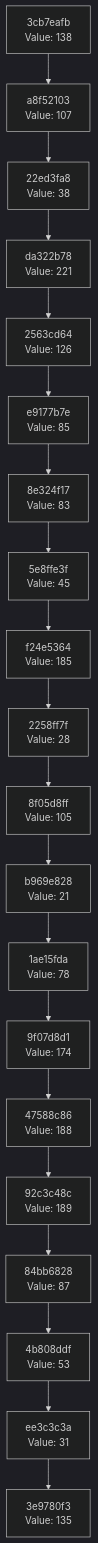
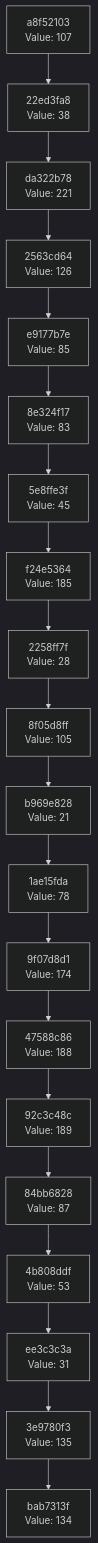
Before and after one commit to Abhisheksinha1506/hash-chain-evolver: the diagram in docs/CHAIN_VISUALIZATION.md, drawn with Mermaid (dark theme). The commit also changed 3 other files, not shown here.

````diff
--- a/docs/CHAIN_VISUALIZATION.md
+++ b/docs/CHAIN_VISUALIZATION.md
@@ -3,42 +3,42 @@
 ```mermaid
 graph TD
-    C0["3e9780f3<br/>Value: 135"]
-    C1["ee3c3c3a<br/>Value: 31"]
+    C0["bab7313f<br/>Value: 134"]
+    C1["3e9780f3<br/>Value: 135"]
     C1 --> C0
-    C2["4b808ddf<br/>Value: 53"]
+    C2["ee3c3c3a<br/>Value: 31"]
     C2 --> C1
-    C3["84bb6828<br/>Value: 87"]
+    C3["4b808ddf<br/>Value: 53"]
     C3 --> C2
-    C4["92c3c48c<br/>Value: 189"]
+    C4["84bb6828<br/>Value: 87"]
     C4 --> C3
-    C5["47588c86<br/>Value: 188"]
+    C5["92c3c48c<br/>Value: 189"]
     C5 --> C4
-    C6["9f07d8d1<br/>Value: 174"]
+    C6["47588c86<br/>Value: 188"]
     C6 --> C5
-    C7["1ae15fda<br/>Value: 78"]
+    C7["9f07d8d1<br/>Value: 174"]
     C7 --> C6
-    C8["b969e828<br/>Value: 21"]
+    C8["1ae15fda<br/>Value: 78"]
     C8 --> C7
-    C9["8f05d8ff<br/>Value: 105"]
+    C9["b969e828<br/>Value: 21"]
     C9 --> C8
-    C10["2258ff7f<br/>Value: 28"]
+    C10["8f05d8ff<br/>Value: 105"]
     C10 --> C9
-    C11["f24e5364<br/>Value: 185"]
+    C11["2258ff7f<br/>Value: 28"]
     C11 --> C10
-    C12["5e8ffe3f<br/>Value: 45"]
+    C12["f24e5364<br/>Value: 185"]
     C12 --> C11
-    C13["8e324f17<br/>Value: 83"]
+    C13["5e8ffe3f<br/>Value: 45"]
     C13 --> C12
-    C14["e9177b7e<br/>Value: 85"]
+    C14["8e324f17<br/>Value: 83"]
     C14 --> C13
-    C15["2563cd64<br/>Value: 126"]
+    C15["e9177b7e<br/>Value: 85"]
     C15 --> C14
-    C16["da322b78<br/>Value: 221"]
+    C16["2563cd64<br/>Value: 126"]
     C16 --> C15
-    C17["22ed3fa8<br/>Value: 38"]
+    C17["da322b78<br/>Value: 221"]
     C17 --> C16
-    C18["a8f52103<br/>Value: 107"]
+    C18["22ed3fa8<br/>Value: 38"]
     C18 --> C17
-    C19["3cb7eafb<br/>Value: 138"]
+    C19["a8f52103<br/>Value: 107"]
     C19 --> C18
 ```
````
